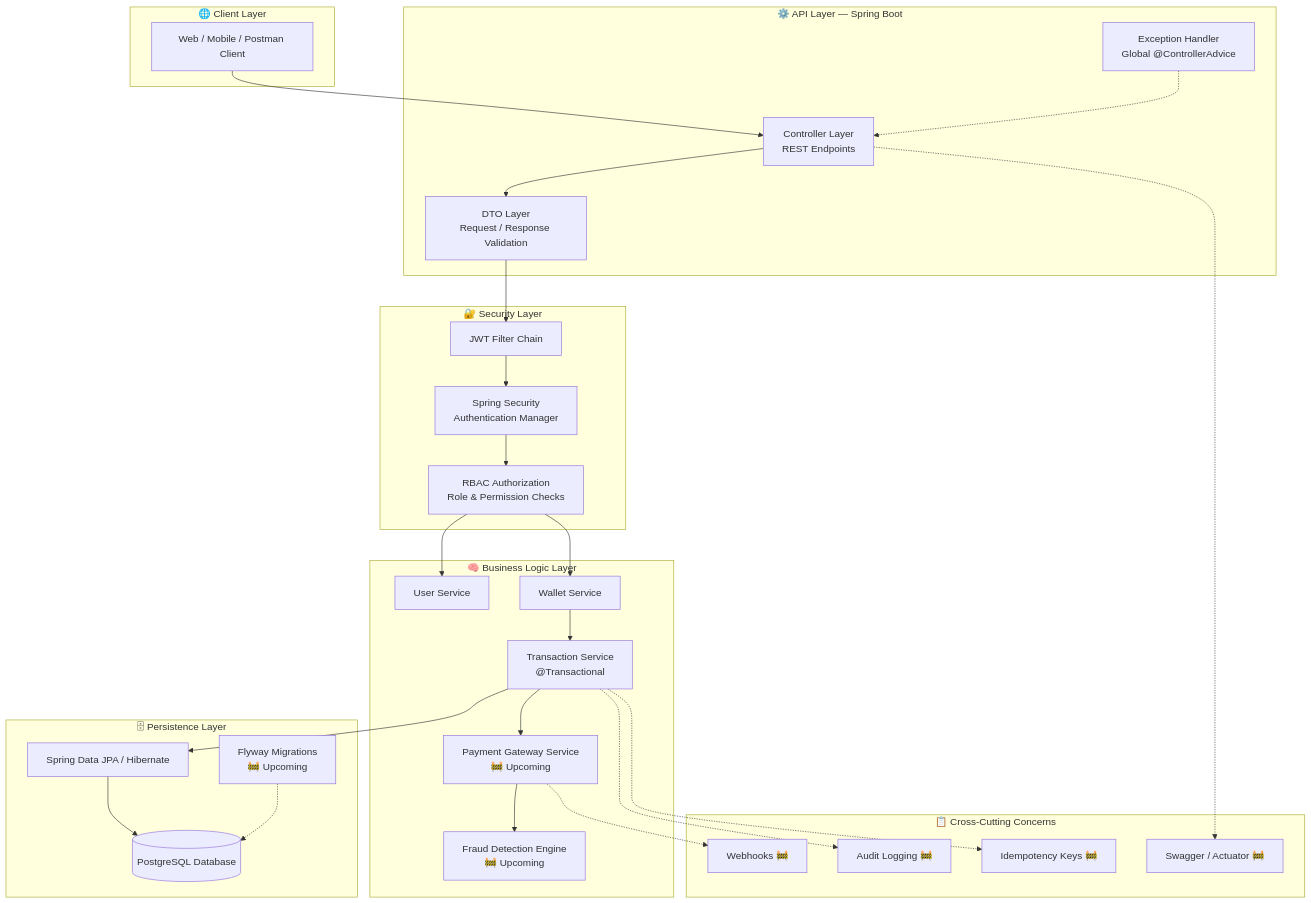
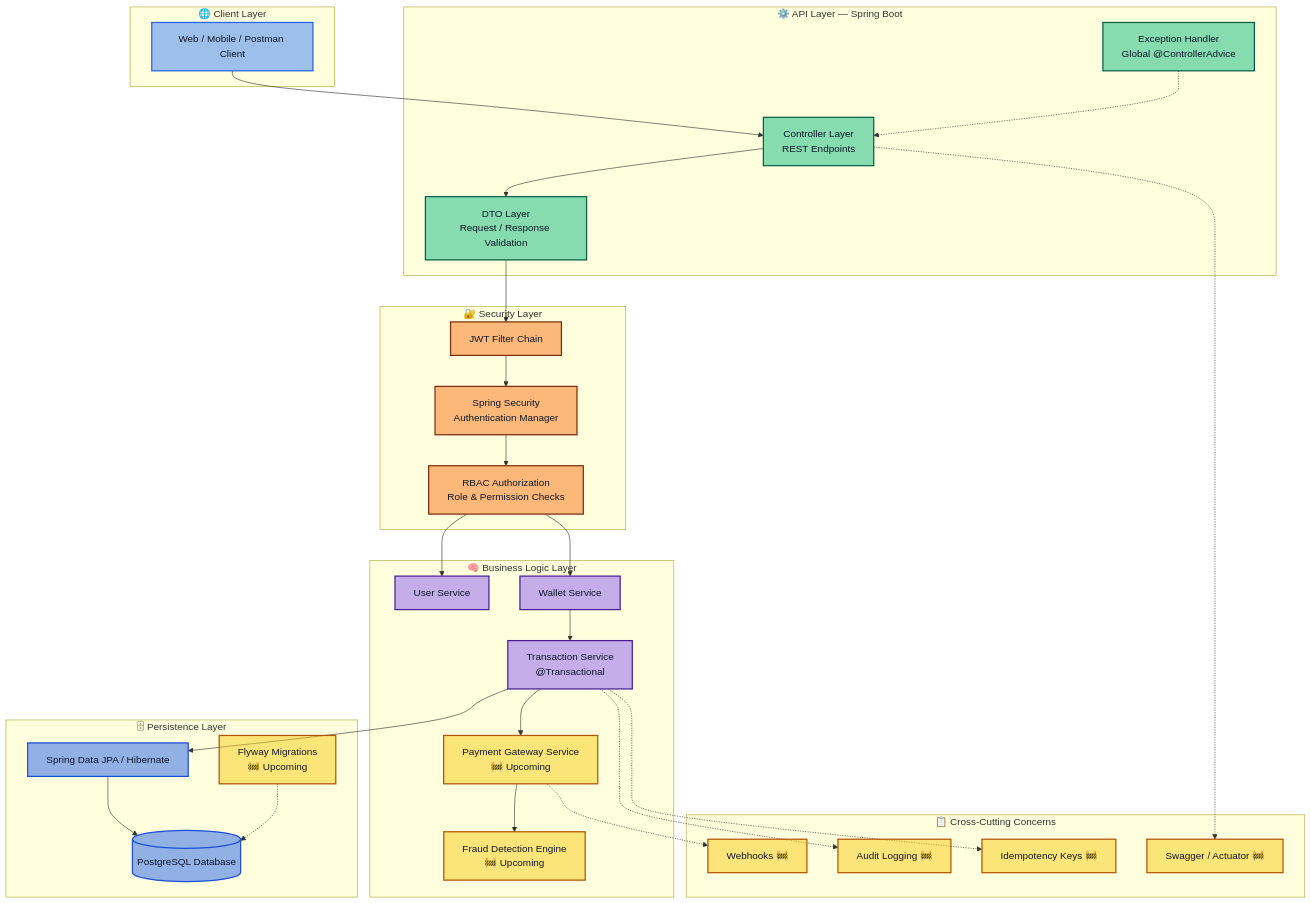
The first of 9 diagrams in ReadMe.md (VASUSINH/PayMoney), drawn with Mermaid before and after one commit. The commit also changed other lines of this file, not shown here.

````diff
--- a/ReadMe.md
+++ b/ReadMe.md
@@ -53,50 +52,66 @@
 ```mermaid
 flowchart TB
     subgraph Client["🌐 Client Layer"]
         A[Web / Mobile / Postman Client]
     end
 
     subgraph API["⚙️ API Layer — Spring Boot"]
         B[Controller Layer<br/>REST Endpoints]
         C[DTO Layer<br/>Request / Response Validation]
         D[Exception Handler<br/>Global @ControllerAdvice]
     end
 
     subgraph Security["🔐 Security Layer"]
         E[JWT Filter Chain]
         F[Spring Security<br/>Authentication Manager]
         G[RBAC Authorization<br/>Role & Permission Checks]
     end
 
     subgraph Business["🧠 Business Logic Layer"]
         H[User Service]
         I[Wallet Service]
         J[Transaction Service<br/>@Transactional]
         K[Payment Gateway Service<br/>🚧 Upcoming]
         L[Fraud Detection Engine<br/>🚧 Upcoming]
     end
 
     subgraph Persistence["🗄 Persistence Layer"]
         M[Spring Data JPA / Hibernate]
         N[(PostgreSQL Database)]
         O[Flyway Migrations<br/>🚧 Upcoming]
     end
 
     subgraph CrossCutting["📋 Cross-Cutting Concerns"]
         P[Audit Logging 🚧]
         Q[Idempotency Keys 🚧]
         R[Webhooks 🚧]
         S[Swagger / Actuator 🚧]
     end
 
     A --> B --> C --> E --> F --> G --> H
     G --> I --> J --> M
     J --> K --> L
     M --> N
     O -.-> N
     J -.-> P
     J -.-> Q
     K -.-> R
     B -.-> S
     D -.-> B
+
+    classDef client fill:#3B82F680,stroke:#2563EB,stroke-width:2px,color:#0F172A;
+    classDef api fill:#10B98180,stroke:#065F46,stroke-width:2px,color:#0F172A;
+    classDef security fill:#F9731680,stroke:#7C2D12,stroke-width:2px,color:#0F172A;
+    classDef business fill:#8B5CF680,stroke:#4C1D95,stroke-width:2px,color:#0F172A;
+    classDef persistence fill:#2563EB80,stroke:#1D4ED8,stroke-width:2px,color:#0F172A;
+    classDef cross fill:#64748B80,stroke:#475569,stroke-width:2px,color:#0F172A;
+    classDef upcoming fill:#FACC1580,stroke:#B45309,stroke-width:2px,color:#0F172A;
+
+    class A client;
+    class B,C,D api;
+    class E,F,G security;
+    class H,I,J,K,L business;
+    class M,N,O persistence;
+    class P,Q,R,S cross;
+    class K,L,O,P,Q,R,S upcoming;
 ```
````
